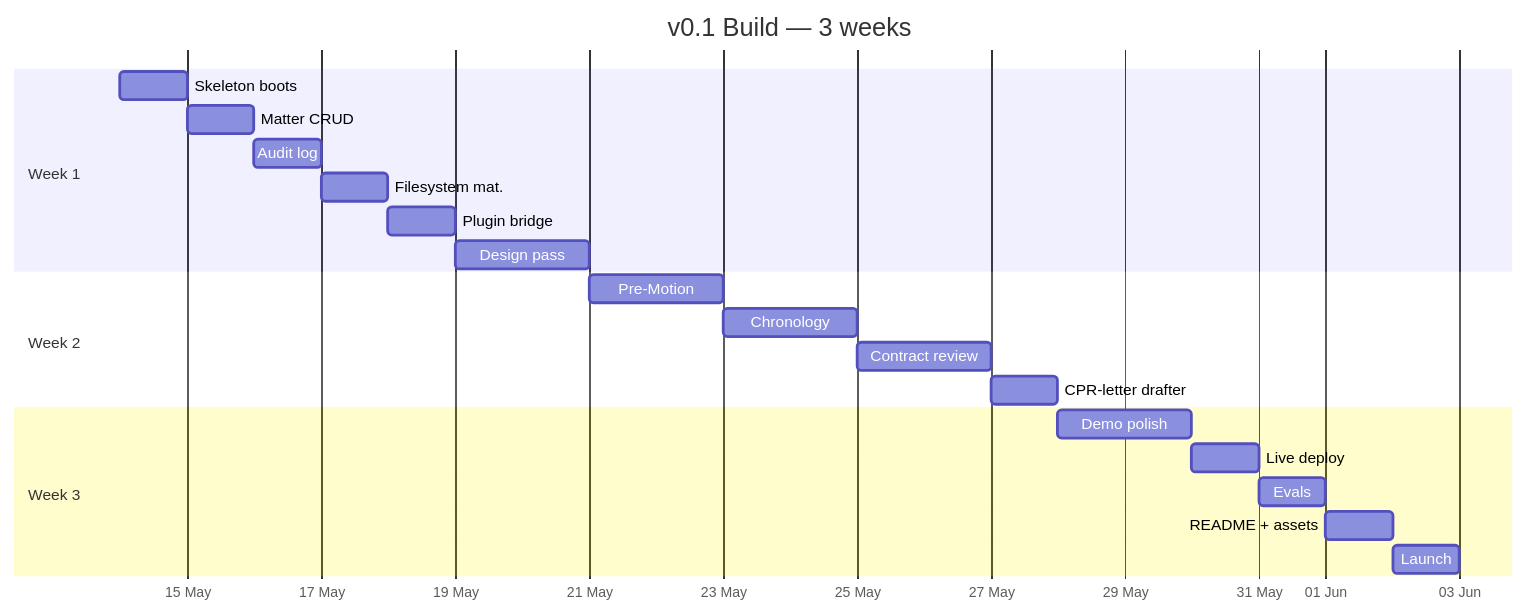
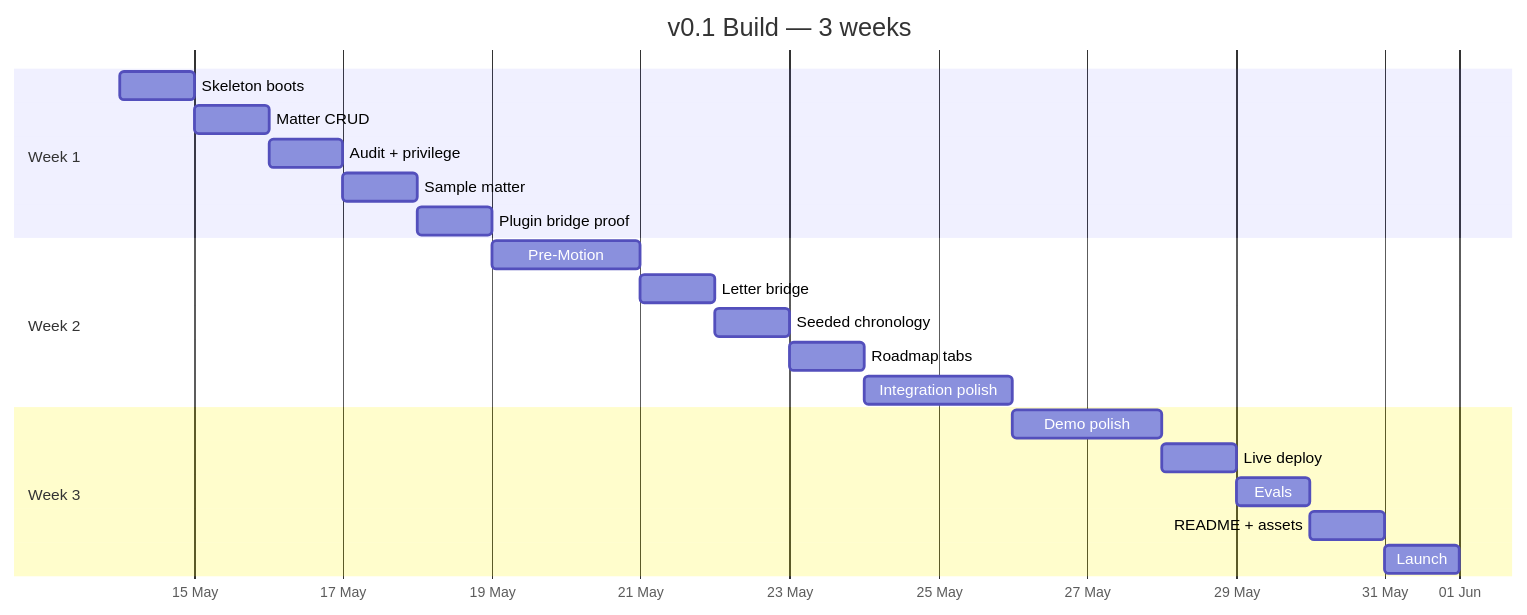
One commit to b1rdmania/legalise changed the second of 2 diagrams in README.md. Above: the diagram before and after it, drawn with Mermaid. The commit also changed other lines of this file and 4 other files, not shown here.

````diff
--- a/README.md
+++ b/README.md
@@ -50,27 +50,27 @@
 ```mermaid
 gantt
     title v0.1 Build — 3 weeks
     dateFormat YYYY-MM-DD
     axisFormat %d %b
 
     section Week 1
     Skeleton boots          :w1d1, 2026-05-14, 1d
     Matter CRUD             :w1d2, after w1d1, 1d
-    Audit log               :w1d3, after w1d2, 1d
-    Filesystem mat.         :w1d4, after w1d3, 1d
-    Plugin bridge           :w1d5, after w1d4, 1d
-    Design pass             :w1we, after w1d5, 2d
+    Audit + privilege       :w1d3, after w1d2, 1d
+    Sample matter           :w1d4, after w1d3, 1d
+    Plugin bridge proof     :w1d5, after w1d4, 1d
 
     section Week 2
-    Pre-Motion              :w2pm, after w1we, 2d
-    Chronology              :w2ch, after w2pm, 2d
-    Contract review         :w2cr, after w2ch, 2d
-    CPR-letter drafter      :w2lt, after w2cr, 1d
+    Pre-Motion              :w2pm, after w1d5, 2d
+    Letter bridge           :w2lt, after w2pm, 1d
+    Seeded chronology       :w2ch, after w2lt, 1d
+    Roadmap tabs            :w2rt, after w2ch, 1d
+    Integration polish      :w2ip, after w2rt, 2d
 
     section Week 3
-    Demo polish             :w3d, after w2lt, 2d
+    Demo polish             :w3d, after w2ip, 2d
     Live deploy             :w3dep, after w3d, 1d
     Evals                   :w3ev, after w3dep, 1d
     README + assets         :w3rm, after w3ev, 1d
     Launch                  :w3lc, after w3rm, 1d
 ```
````
